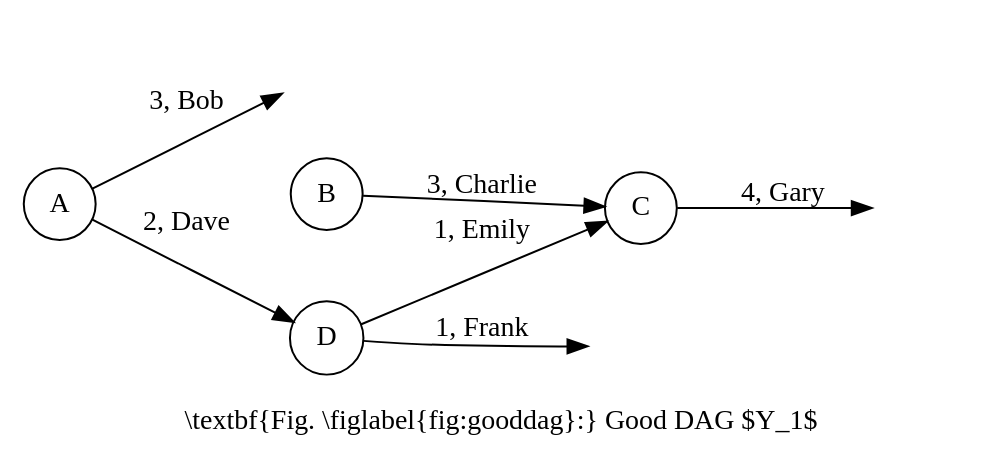
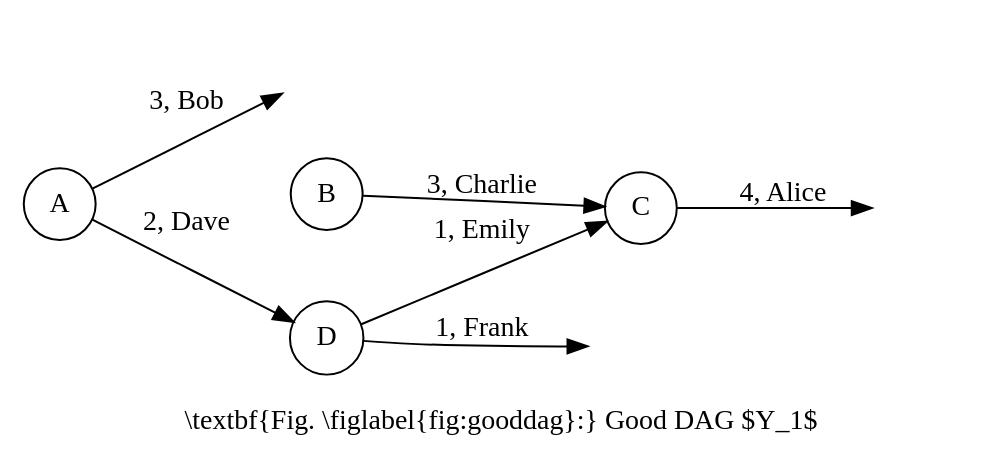
The diagram in src/figures/gooddag.dot (OrfeasLitos/LocalChains), drawn with Graphviz before and after one commit. The commit also changed 5 other files, not shown here.

```diff
--- a/src/figures/gooddag.dot
+++ b/src/figures/gooddag.dot
@@ -1,27 +1,27 @@
 digraph G {
   graph [
     texmode=raw,
     label="\\textbf{Fig. \\figlabel{fig:gooddag}:} Good DAG $Y_1$"
   ];
   node [shape="circle", texmode=math];
   edge [texmode=math];
   rankdir=LR;
 
   A -> foo [label="3, Bob"];
   A -> D [label="2, Dave"];
   B -> C [label="3, Charlie"];
   D -> C [label="1, Emily"];
-  C -> baz [label="4, Gary"];
+  C -> baz [label="4, Alice"];
   D -> bar [label="1, Frank"];
 
   foo [style=invis];
   bar [style=invis];
   baz [style=invis];
 
   {
     graph [texlbl=""];
     rank=same;
     rankdir=TD;
     B -> D [style=invis];
   }
 }
```
